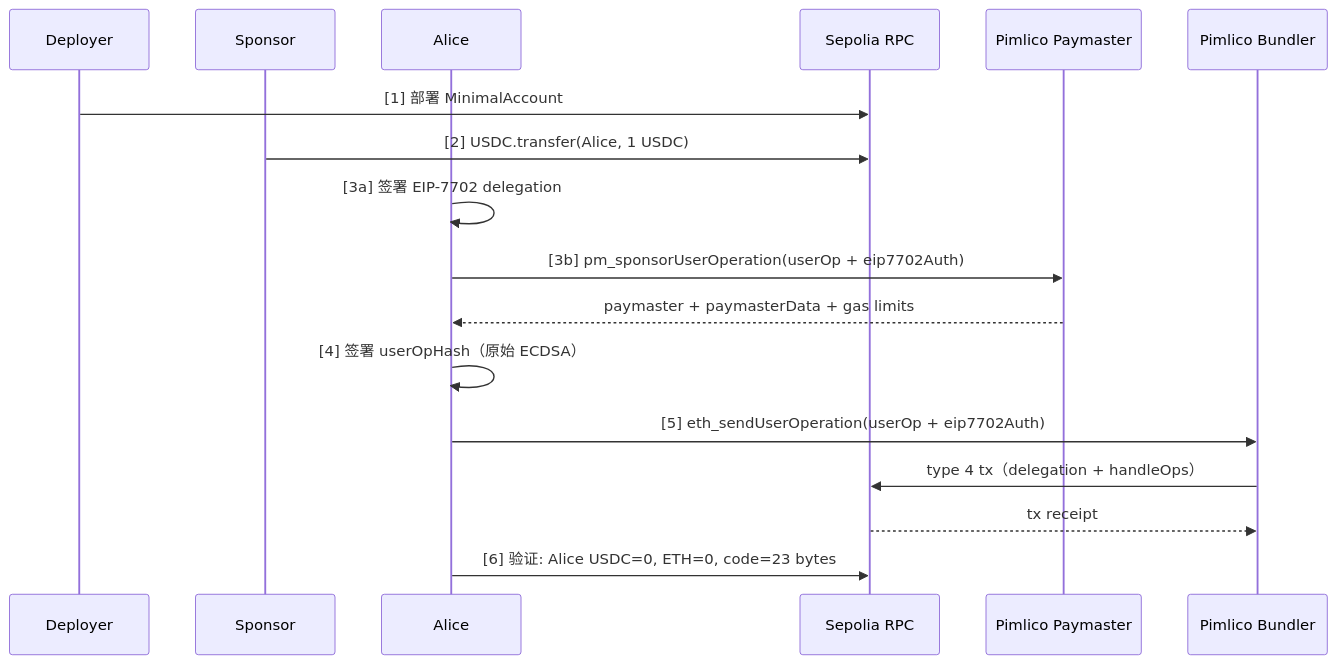
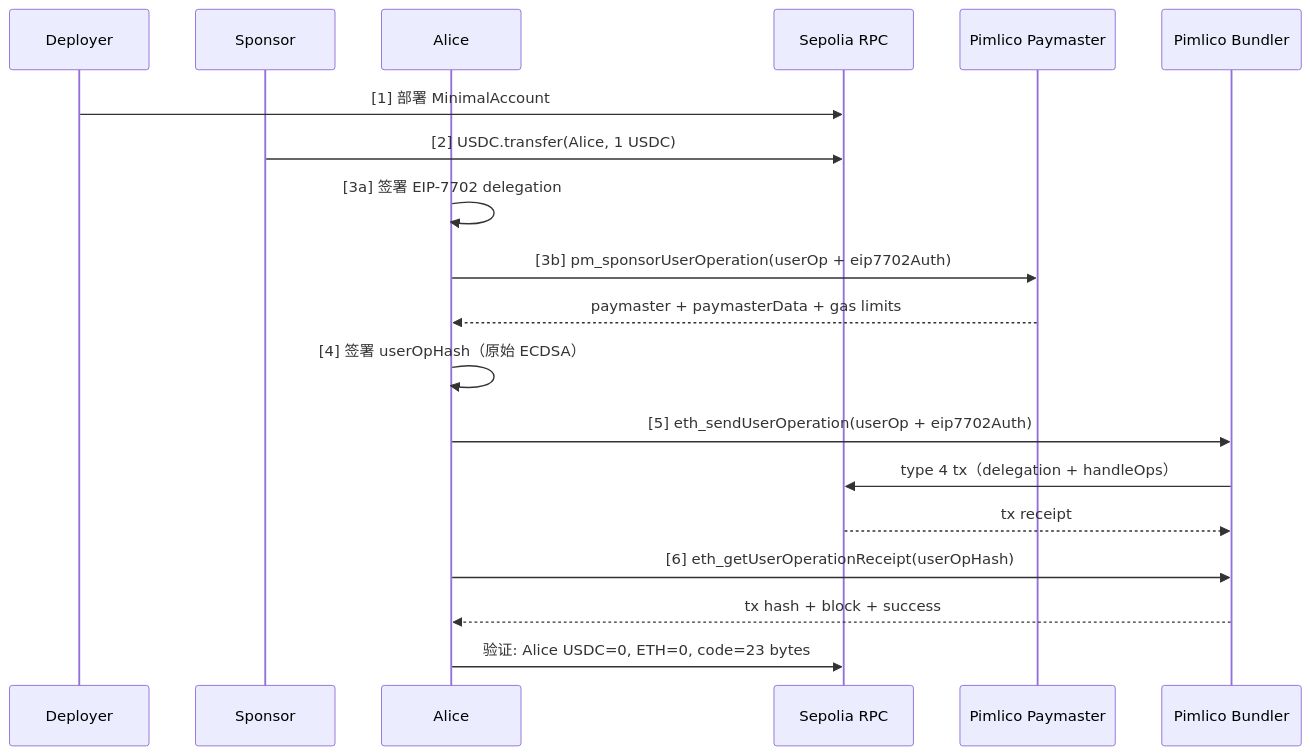
One commit to CoboTest/eip7702-minimal-account changed the diagram in script/python/README_zh.md. Above: the diagram before and after it, drawn with Mermaid. The commit also changed 1 other file, not shown here.

Commit message:
docs: add receipt polling from Bundler in sequence diagram

````diff
--- a/script/python/README_zh.md
+++ b/script/python/README_zh.md
@@ -134,24 +134,26 @@
 ```mermaid
 sequenceDiagram
     participant D as Deployer
     participant S as Sponsor
     participant A as Alice
     participant RPC as Sepolia RPC
     participant PM as Pimlico Paymaster
     participant B as Pimlico Bundler
 
     D->>RPC: [1] 部署 MinimalAccount
     S->>RPC: [2] USDC.transfer(Alice, 1 USDC)
 
     A->>A: [3a] 签署 EIP-7702 delegation
     A->>PM: [3b] pm_sponsorUserOperation(userOp + eip7702Auth)
     PM-->>A: paymaster + paymasterData + gas limits
 
     A->>A: [4] 签署 userOpHash（原始 ECDSA）
 
     A->>B: [5] eth_sendUserOperation(userOp + eip7702Auth)
     B->>RPC: type 4 tx（delegation + handleOps）
     RPC-->>B: tx receipt
 
-    A->>RPC: [6] 验证: Alice USDC=0, ETH=0, code=23 bytes
+    A->>B: [6] eth_getUserOperationReceipt(userOpHash)
+    B-->>A: tx hash + block + success
+    A->>RPC: 验证: Alice USDC=0, ETH=0, code=23 bytes
 ```
````
